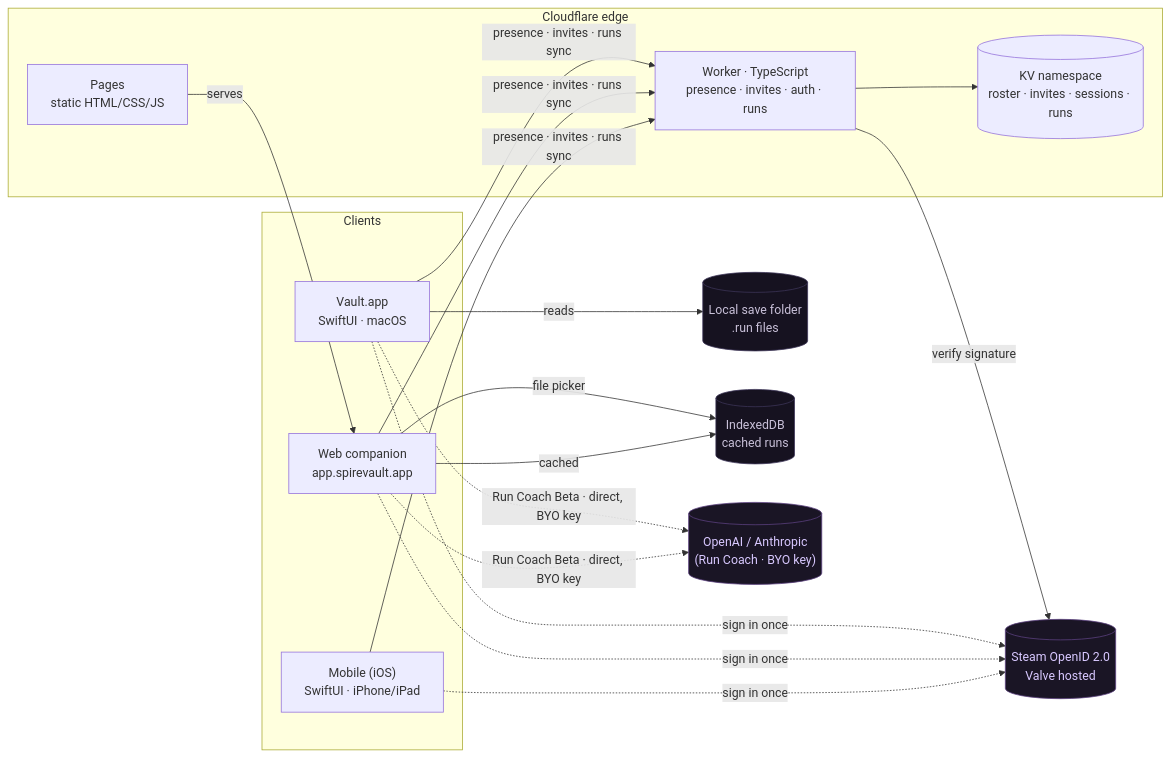
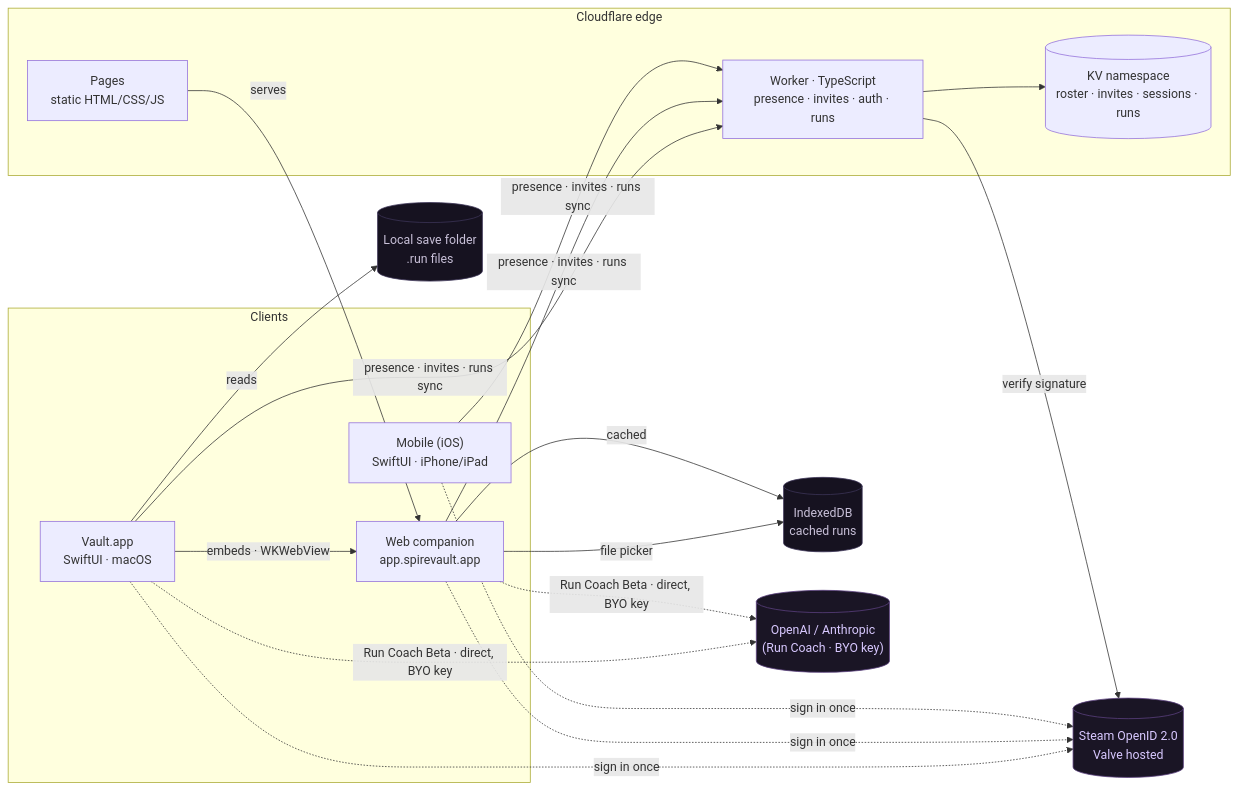
Before and after one commit to c3rooks/SpireVault: the first of 2 diagrams in README.md, drawn with Mermaid. The commit also changed other lines of this file and 20 other files, not shown here.

````diff
--- a/README.md
+++ b/README.md
@@ -32,39 +32,40 @@
 ```mermaid
 flowchart LR
     subgraph clients["Clients"]
       Mac["Vault.app<br/>SwiftUI · macOS"]
       Web["Web companion<br/>app.spirevault.app"]
       Mob["Mobile (iOS)<br/>SwiftUI · iPhone/iPad"]
     end
 
     subgraph cf["Cloudflare edge"]
       Pages["Pages<br/>static HTML/CSS/JS"]
       Worker["Worker · TypeScript<br/>presence · invites · auth · runs"]
       KV[("KV namespace<br/>roster · invites · sessions · runs")]
     end
 
     Steam[("Steam OpenID 2.0<br/>Valve hosted")]
     Disk[("Local save folder<br/>.run files")]
     IDB[("IndexedDB<br/>cached runs")]
     AI[("OpenAI / Anthropic<br/>(Run Coach · BYO key)")]
 
     Mac -- reads --> Disk
     Web -- file picker --> IDB
     Web -- cached --> IDB
+    Mac -- "embeds · WKWebView" --> Web
     Mac -- "presence · invites · runs sync" --> Worker
     Web -- "presence · invites · runs sync" --> Worker
     Mob -- "presence · invites · runs sync" --> Worker
     Pages -- serves --> Web
     Worker -- verify signature --> Steam
     Worker --> KV
     Mac -. sign in once .-> Steam
     Web -. sign in once .-> Steam
     Mob -. sign in once .-> Steam
     Mac -. "Run Coach Beta · direct, BYO key" .-> AI
     Web -. "Run Coach Beta · direct, BYO key" .-> AI
 
     classDef ext fill:#1a1525,stroke:#5b4080,color:#d8c8ff;
     classDef store fill:#161220,stroke:#3d3458,color:#c8c0d8;
     class Steam,AI ext
     class Disk,IDB store
 ```
````
